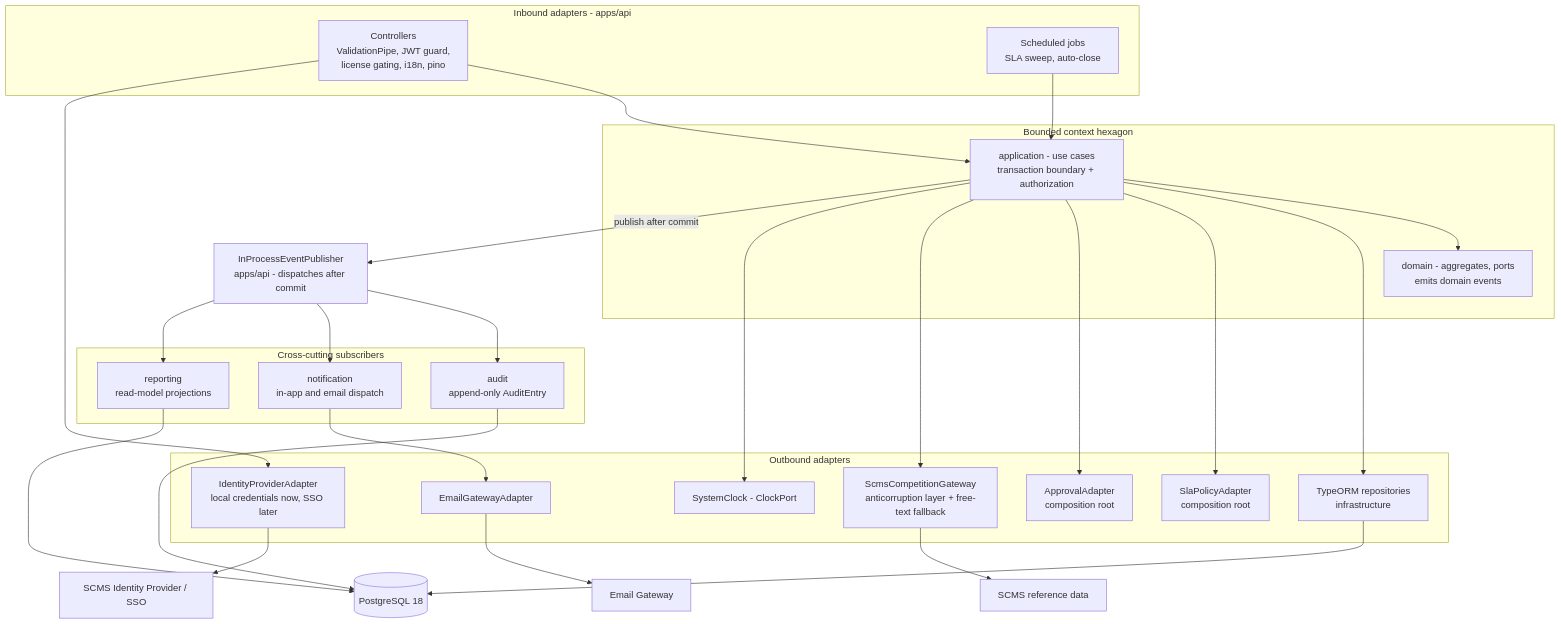
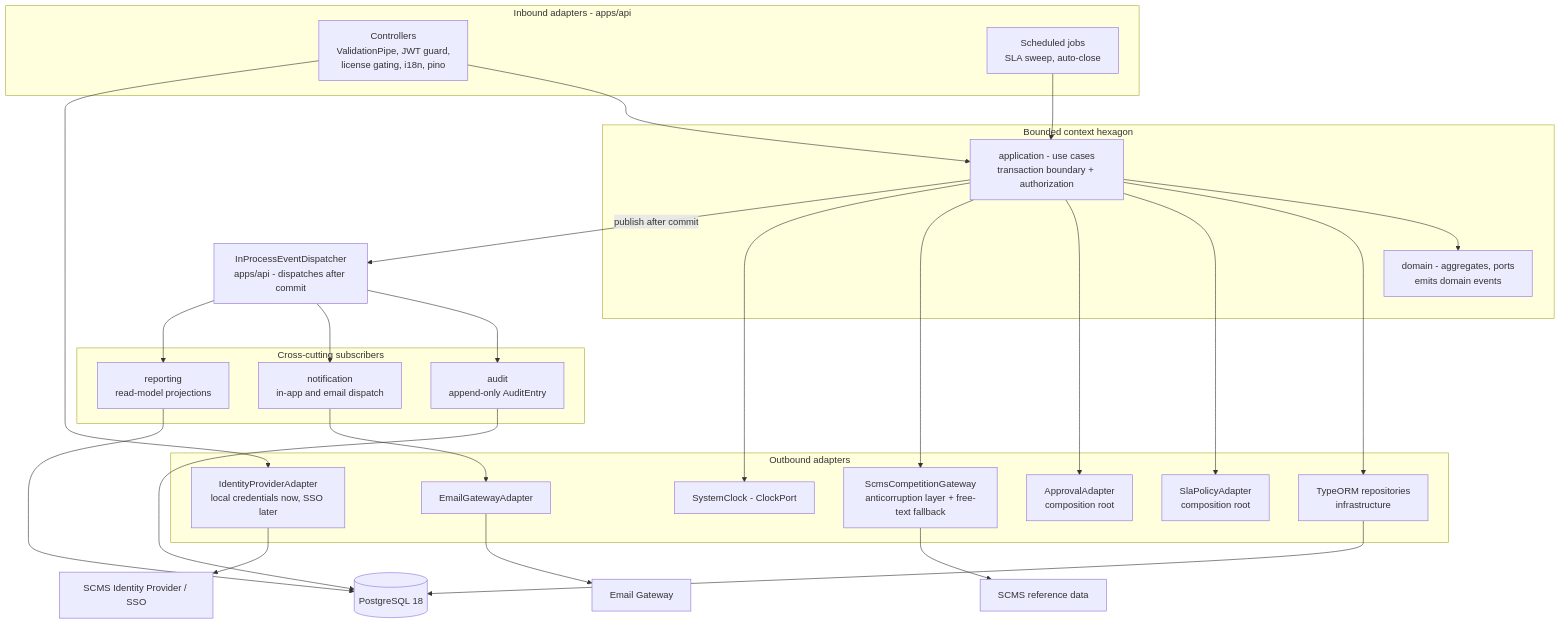
One commit to igomez-ai4devs-projects/AI4Devs-finalproject changed the diagram in docs/product/COMPONENTS.md. Above: the diagram before and after it, drawn with Mermaid. The commit also changed other lines of this file and 7 other files, not shown here.

````diff
--- a/docs/product/COMPONENTS.md
+++ b/docs/product/COMPONENTS.md
@@ -88,56 +88,56 @@
 ```mermaid
 flowchart TB
     subgraph inbound["Inbound adapters - apps/api"]
         CTL["Controllers<br/>ValidationPipe, JWT guard,<br/>license gating, i18n, pino"]
         JOB["Scheduled jobs<br/>SLA sweep, auto-close"]
     end
 
     subgraph core["Bounded context hexagon"]
         UC["application - use cases<br/>transaction boundary + authorization"]
         DOM["domain - aggregates, ports<br/>emits domain events"]
     end
 
-    BUS["InProcessEventPublisher<br/>apps/api - dispatches after commit"]
+    BUS["InProcessEventDispatcher<br/>apps/api - dispatches after commit"]
 
     subgraph xcut["Cross-cutting subscribers"]
         AUD["audit<br/>append-only AuditEntry"]
         NOT["notification<br/>in-app and email dispatch"]
         RPT["reporting<br/>read-model projections"]
     end
 
     subgraph outbound["Outbound adapters"]
         REPO["TypeORM repositories<br/>infrastructure"]
         SLAAD["SlaPolicyAdapter<br/>composition root"]
         APRAD["ApprovalAdapter<br/>composition root"]
         ACL["ScmsCompetitionGateway<br/>anticorruption layer + free-text fallback"]
         IDPAD["IdentityProviderAdapter<br/>local credentials now, SSO later"]
         MAILAD["EmailGatewayAdapter"]
         CLK["SystemClock - ClockPort"]
     end
 
     DB[("PostgreSQL 18")]
     SCMS["SCMS reference data"]
     IDP["SCMS Identity Provider / SSO"]
     MAIL["Email Gateway"]
 
     CTL --> UC
     JOB --> UC
     UC --> DOM
     UC --> REPO
     UC --> SLAAD
     UC --> APRAD
     UC --> ACL
     UC --> CLK
     UC -->|"publish after commit"| BUS
     BUS --> AUD
     BUS --> NOT
     BUS --> RPT
     REPO --> DB
     AUD --> DB
     RPT --> DB
     NOT --> MAILAD
     MAILAD --> MAIL
     ACL --> SCMS
     IDPAD --> IDP
     CTL --> IDPAD
 ```
````
